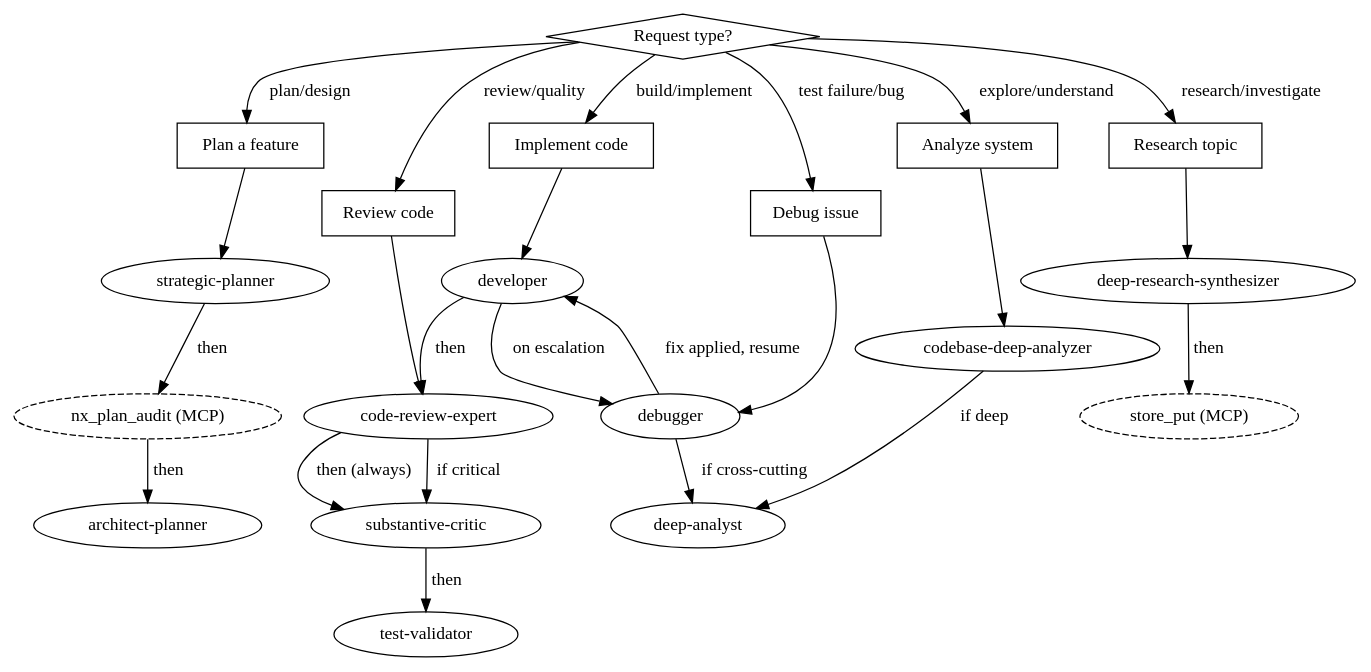
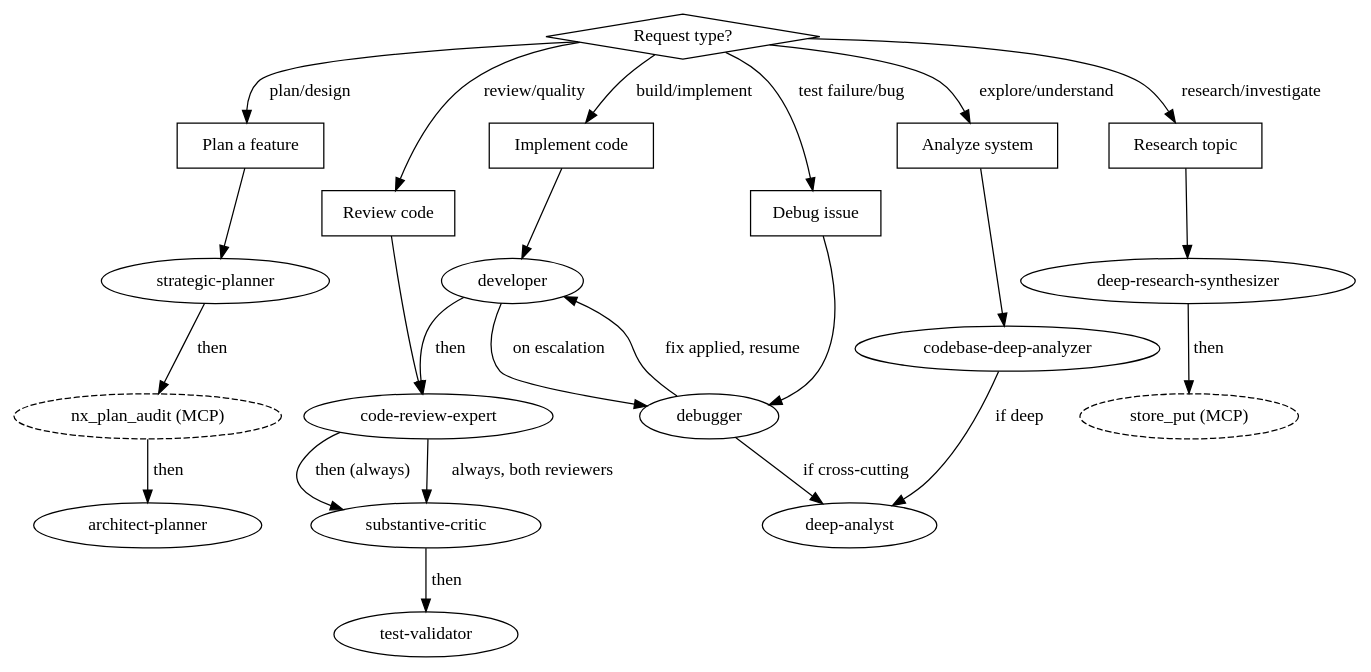
Before and after one commit to Hellblazer/nexus: the diagram in conexus/skills/orchestration/reference.md, drawn with Graphviz. The commit also changed other lines of this file and 4 other files, not shown here.

First line of the commit message:
fix(plugin): route both reviewers unconditionally in every routing surface; snake_case the unchunkable-skip log events (nexus-0yeer, nexus-wixar)

````diff
--- a/conexus/skills/orchestration/reference.md
+++ b/conexus/skills/orchestration/reference.md
@@ -7,56 +7,56 @@
 ```dot
 digraph routing {
     rankdir=TB;
     "Request type?" [shape=diamond];
 
     "Plan a feature" [shape=box];
     "Implement code" [shape=box];
     "Debug issue" [shape=box];
     "Review code" [shape=box];
     "Research topic" [shape=box];
     "Analyze system" [shape=box];
 
     "strategic-planner" [shape=ellipse];
     "nx_plan_audit (MCP)" [shape=ellipse, style=dashed];
     "architect-planner" [shape=ellipse];
     "developer" [shape=ellipse];
     "code-review-expert" [shape=ellipse];
     "test-validator" [shape=ellipse];
     "debugger" [shape=ellipse];
     "deep-analyst" [shape=ellipse];
     "substantive-critic" [shape=ellipse];
     "deep-research-synthesizer" [shape=ellipse];
     "store_put (MCP)" [shape=ellipse, style=dashed];
     "codebase-deep-analyzer" [shape=ellipse];
 
     "Request type?" -> "Plan a feature" [label="plan/design"];
     "Request type?" -> "Implement code" [label="build/implement"];
     "Request type?" -> "Debug issue" [label="test failure/bug"];
     "Request type?" -> "Review code" [label="review/quality"];
     "Request type?" -> "Research topic" [label="research/investigate"];
     "Request type?" -> "Analyze system" [label="explore/understand"];
 
     "Plan a feature" -> "strategic-planner";
     "strategic-planner" -> "nx_plan_audit (MCP)" [label="then"];
     "nx_plan_audit (MCP)" -> "architect-planner" [label="then"];
 
     "Implement code" -> "developer";
     "developer" -> "code-review-expert" [label="then"];
     "developer" -> "debugger" [label="on escalation"];
     "debugger" -> "developer" [label="fix applied, resume"];
     "code-review-expert" -> "substantive-critic" [label="then (always)"];
     "substantive-critic" -> "test-validator" [label="then"];
 
     "Debug issue" -> "debugger";
     "debugger" -> "deep-analyst" [label="if cross-cutting"];
 
     "Review code" -> "code-review-expert";
-    "code-review-expert" -> "substantive-critic" [label="if critical"];
+    "code-review-expert" -> "substantive-critic" [label="always, both reviewers"];
 
     "Research topic" -> "deep-research-synthesizer";
     "deep-research-synthesizer" -> "store_put (MCP)" [label="then"];
 
     "Analyze system" -> "codebase-deep-analyzer";
     "codebase-deep-analyzer" -> "deep-analyst" [label="if deep"];
 }
 ```
````
